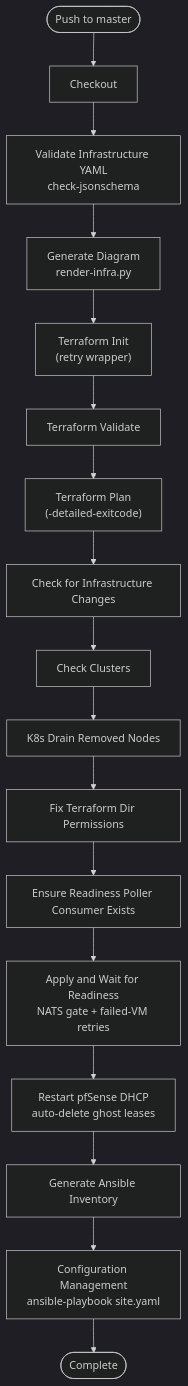
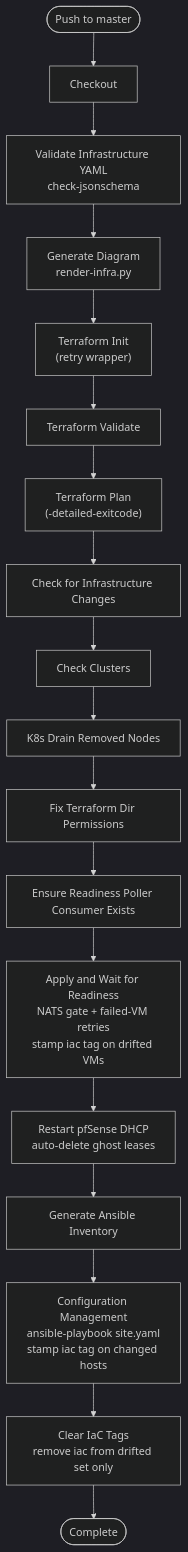
One commit to warelock2/infraops changed the third of 4 diagrams in docs/ARCHITECTURE.md. Above: the diagram before and after it, drawn with Mermaid (dark theme). The commit also changed other lines of this file and 1 other file, not shown here.

First line of the commit message:
docs: document the iac state-drift tag lifecycle in ARCHITECTURE.md

````diff
--- a/docs/ARCHITECTURE.md
+++ b/docs/ARCHITECTURE.md
@@ -148,19 +188,20 @@
 ```mermaid
 flowchart TD
     START([Push to master]) --> CHECKOUT["Checkout"]
     CHECKOUT --> VALIDATE["Validate Infrastructure YAML<br/>check-jsonschema"]
     VALIDATE --> DIAGRAM["Generate Diagram<br/>render-infra.py"]
     DIAGRAM --> TF_INIT["Terraform Init<br/>(retry wrapper)"]
     TF_INIT --> TF_VALIDATE["Terraform Validate"]
     TF_VALIDATE --> TF_PLAN["Terraform Plan<br/>(-detailed-exitcode)"]
     TF_PLAN --> CHANGES["Check for Infrastructure Changes"]
     CHANGES --> CLUSTERS["Check Clusters"]
     CLUSTERS --> DRAIN["K8s Drain Removed Nodes"]
     DRAIN --> FIX_PERMS["Fix Terraform Dir Permissions"]
     FIX_PERMS --> CONSUMER["Ensure Readiness Poller Consumer Exists"]
-    CONSUMER --> APPLY["Apply and Wait for Readiness<br/>NATS gate + failed-VM retries"]
+    CONSUMER --> APPLY["Apply and Wait for Readiness<br/>NATS gate + failed-VM retries<br/>stamp iac tag on drifted VMs"]
     APPLY --> DHCP["Restart pfSense DHCP<br/>auto-delete ghost leases"]
     DHCP --> GEN_INV["Generate Ansible Inventory"]
-    GEN_INV --> CONFIG_MGMT["Configuration Management<br/>ansible-playbook site.yaml"]
-    CONFIG_MGMT --> DONE([Complete])
+    GEN_INV --> CONFIG_MGMT["Configuration Management<br/>ansible-playbook site.yaml<br/>stamp iac tag on changed hosts"]
+    CONFIG_MGMT --> CLEAR["Clear IaC Tags<br/>remove iac from drifted set only"]
+    CLEAR --> DONE([Complete])
 ```
````
